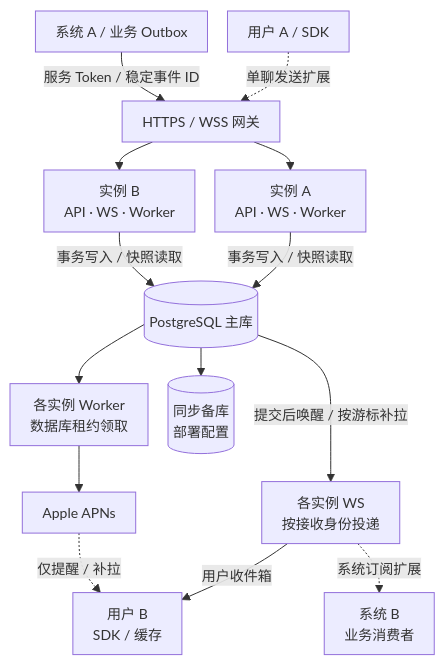
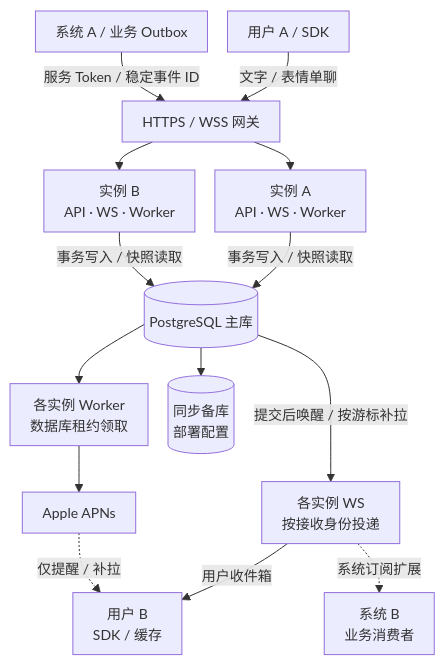
Before and after one commit to bitlap/polyglot-im: the first of 3 diagrams in docs/architecture.md, drawn with Mermaid. The commit also changed other lines of this file and 46 other files, not shown here.

````diff
--- a/docs/architecture.md
+++ b/docs/architecture.md
@@ -7,18 +7,18 @@
 ```mermaid
 %%{init: {"flowchart": {"nodeSpacing": 20, "rankSpacing": 28, "padding": 10}, "themeVariables": {"fontSize": "14px"}}}%%
 flowchart TB
-  UA["用户 A / SDK"] -.->|"单聊发送扩展"| G["HTTPS / WSS 网关"]
+  UA["用户 A / SDK"] -->|"文字 / 表情单聊"| G["HTTPS / WSS 网关"]
   SA["系统 A / 业务 Outbox"] -->|"服务 Token / 稳定事件 ID"| G
   G --> A["实例 A<br/>API · WS · Worker"]
   G --> B["实例 B<br/>API · WS · Worker"]
   A -->|"事务写入 / 快照读取"| DB[("PostgreSQL 主库")]
   B -->|"事务写入 / 快照读取"| DB
   DB -->|"提交后唤醒 / 按游标补拉"| WS["各实例 WS<br/>按接收身份投递"]
   WS -->|"用户收件箱"| UB["用户 B<br/>SDK / 缓存"]
   WS -.->|"系统订阅扩展"| SB["系统 B<br/>业务消费者"]
   DB --> W["各实例 Worker<br/>数据库租约领取"]
   W --> APNs["Apple APNs"]
   APNs -.->|"仅提醒 / 补拉"| UB
   DB --> Replica[("同步备库<br/>部署配置")]
 
 ```
````
